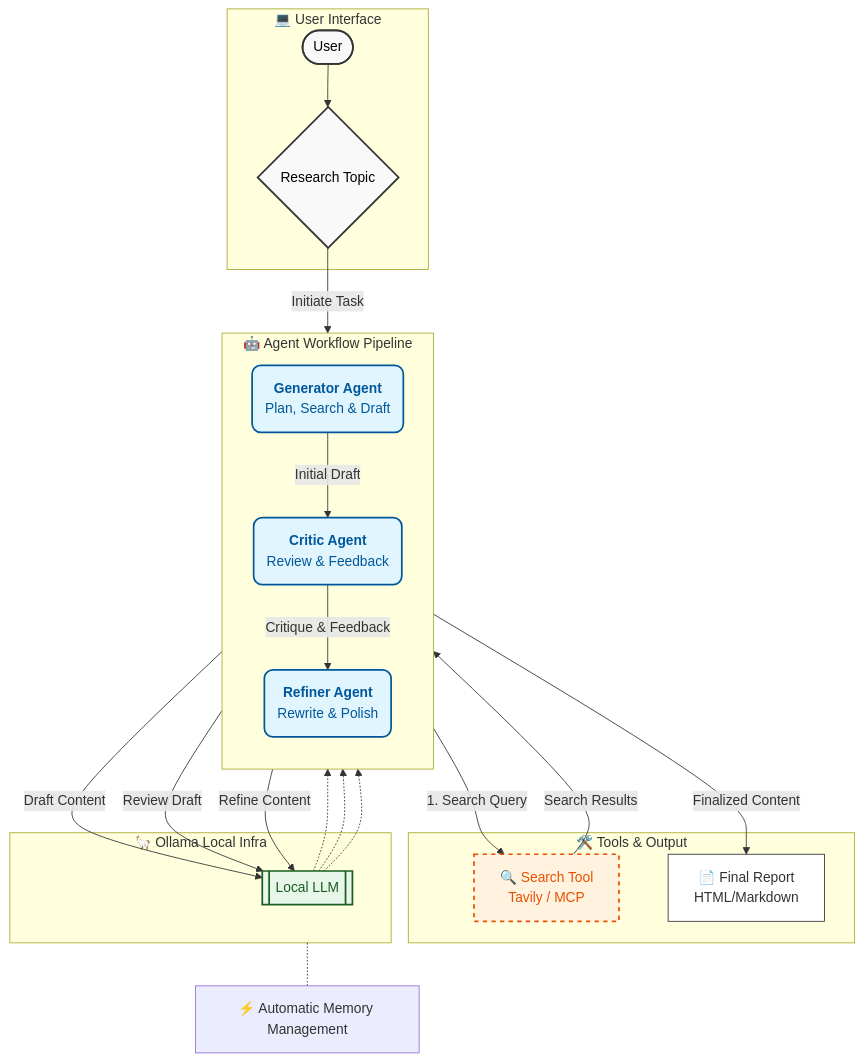
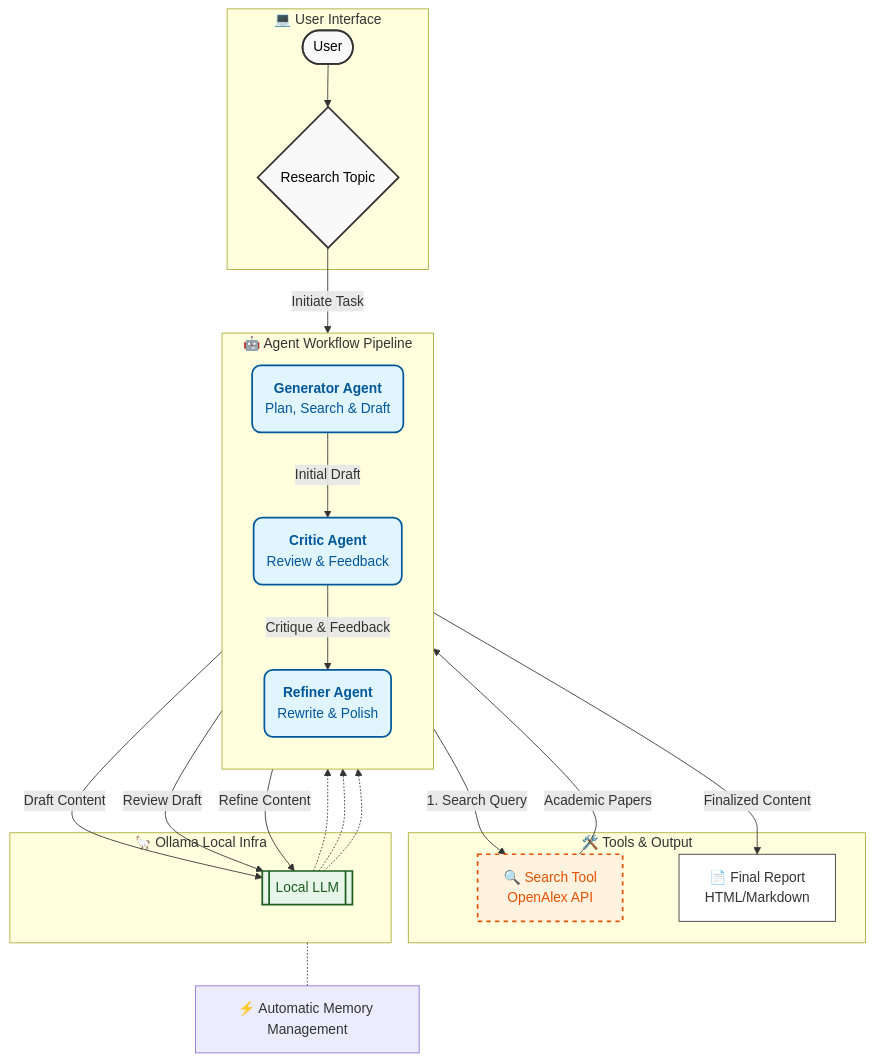
Before and after one commit to eastsea17/Research_Multi-Agents_with_Ollama: the diagram in README.md, drawn with Mermaid. The commit also changed 1 other file, not shown here.

Commit message:
251224
update README.md

````diff
--- a/README.md
+++ b/README.md
@@ -29,61 +29,61 @@
 ```mermaid
 graph TD
     %% Style Definitions (Aligned with Reference)
     classDef user fill:#f9f9f9,stroke:#333,stroke-width:2px,color:#000
     classDef agent fill:#e1f5fe,stroke:#01579b,stroke-width:2px,color:#01579b,rx:10,ry:10
     classDef tool fill:#fff3e0,stroke:#e65100,stroke-width:2px,color:#e65100,stroke-dasharray: 5 5
     classDef ai fill:#e8f5e9,stroke:#1b5e20,stroke-width:2px,color:#1b5e20
     classDef file fill:#fff,stroke:#333,stroke-width:1px,color:#333,shape:document
 
     %% 1. User Interaction Layer
     subgraph UI_Layer [💻 User Interface]
         User([User]):::user
         Input{Research Topic}:::user
     end
 
     %% 2. Agent Orchestration Layer
     subgraph Agent_Orchestration [🤖 Agent Workflow Pipeline]
         direction TB
         Generator(<b>Generator Agent</b><br/>Plan, Search & Draft):::agent
         Critic(<b>Critic Agent</b><br/>Review & Feedback):::agent
         Refiner(<b>Refiner Agent</b><br/>Rewrite & Polish):::agent
     end
 
     %% 3. Tools & Infrastructure Layer
     subgraph Tools_Infra [🛠️ Tools & Output]
-        Tavily[🔍 Search Tool<br/>Tavily / MCP]:::tool
+        OpenAlex[🔍 Search Tool<br/>OpenAlex API]:::tool
         Report[📄 Final Report<br/>HTML/Markdown]:::file
     end
 
     %% 4. AI Model Layer (Ollama)
     subgraph Ollama_Service [🦙 Ollama Local Infra]
         LLM[[Local LLM]]:::ai
     end
 
     %% Flow Definitions
     
     %% User Input Flow
     User --> Input
     Input -- "Initiate Task" --> Generator
 
     %% Phase 1: Generation
-    Generator -- "1. Search Query" --> Tavily
-    Tavily -- "Search Results" --> Generator
+    Generator -- "1. Search Query" --> OpenAlex
+    OpenAlex -- "Academic Papers" --> Generator
     Generator -- "Draft Content" --> LLM
     LLM -.-> Generator
     Generator -- "Initial Draft" --> Critic
 
     %% Phase 2: Critique
     Critic -- "Review Draft" --> LLM
     LLM -.-> Critic
     Critic -- "Critique & Feedback" --> Refiner
 
     %% Phase 3: Refinement
     Refiner -- "Refine Content" --> LLM
     LLM -.-> Refiner
     Refiner -- "Finalized Content" --> Report
 
     %% Optional Memory Optimization Note
     note_opt[⚡ Automatic Memory Management]
     Ollama_Service -.- note_opt
 ```
````
